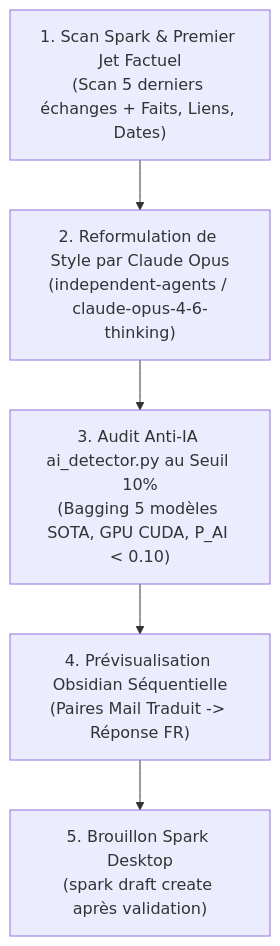
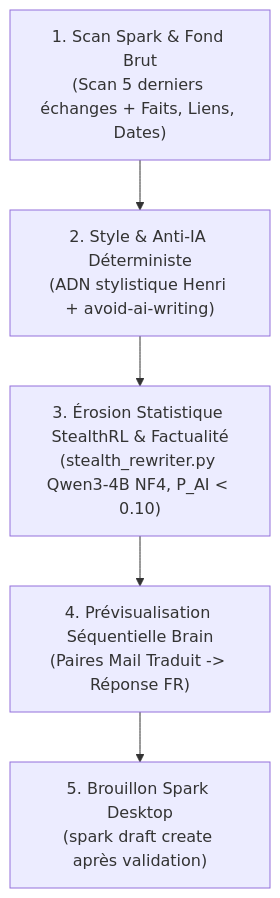
One commit to hjamet/cursor-memory-bank changed the diagram in src/skills/write-email/SKILL.md. Above: the diagram before and after it, drawn with Mermaid. The commit also changed other lines of this file and 2 other files, not shown here.

Commit message:
feat(skills): integrate 4-step writing pipeline and strictly surgical block editing in writing skills

````diff
--- a/src/skills/write-email/SKILL.md
+++ b/src/skills/write-email/SKILL.md
@@ -36,7 +37,7 @@
 ```mermaid
 graph TD
-    A["1. Scan Spark & Premier Jet Factuel<br/>(Scan 5 derniers échanges + Faits, Liens, Dates)"] --> B["2. Reformulation de Style par Claude Opus<br/>(independent-agents / claude-opus-4-6-thinking)"]
-    B --> C["3. Audit Anti-IA ai_detector.py au Seuil 10%<br/>(Bagging 5 modèles SOTA, GPU CUDA, P_AI < 0.10)"]
-    C --> D["4. Prévisualisation Obsidian Séquentielle<br/>(Paires Mail Traduit -> Réponse FR)"]
+    A["1. Scan Spark & Fond Brut<br/>(Scan 5 derniers échanges + Faits, Liens, Dates)"] --> B["2. Style & Anti-IA Déterministe<br/>(ADN stylistique Henri + avoid-ai-writing)"]
+    B --> C["3. Érosion Statistique StealthRL & Factualité<br/>(stealth_rewriter.py Qwen3-4B NF4, P_AI < 0.10)"]
+    C --> D["4. Prévisualisation Séquentielle Brain<br/>(Paires Mail Traduit -> Réponse FR)"]
     D --> E["5. Brouillon Spark Desktop<br/>(spark draft create après validation)"]
 ```
````
